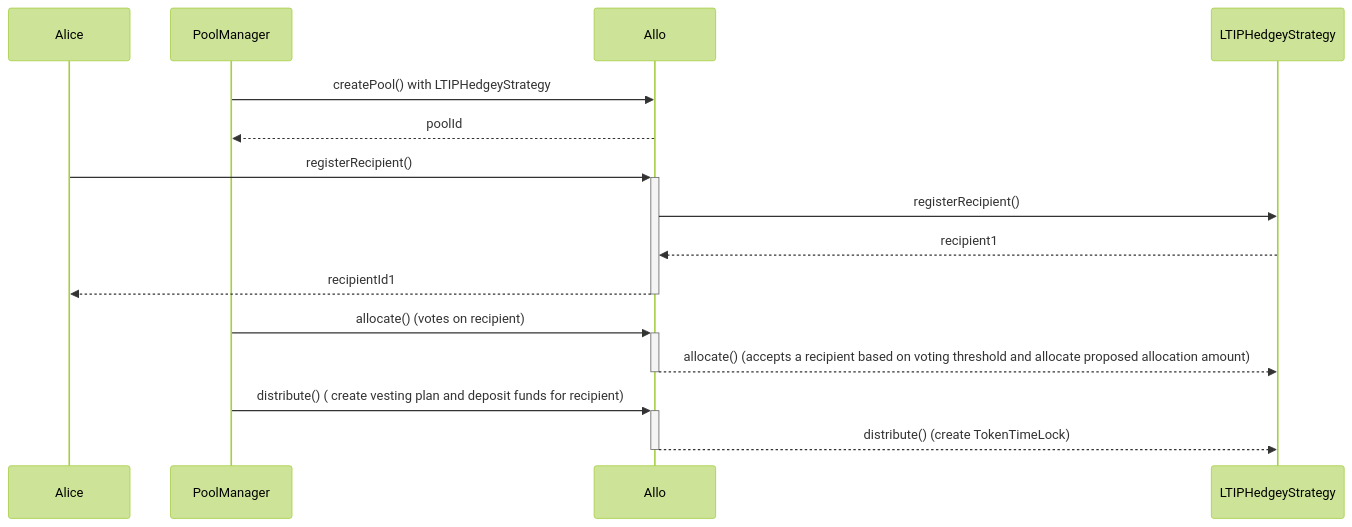
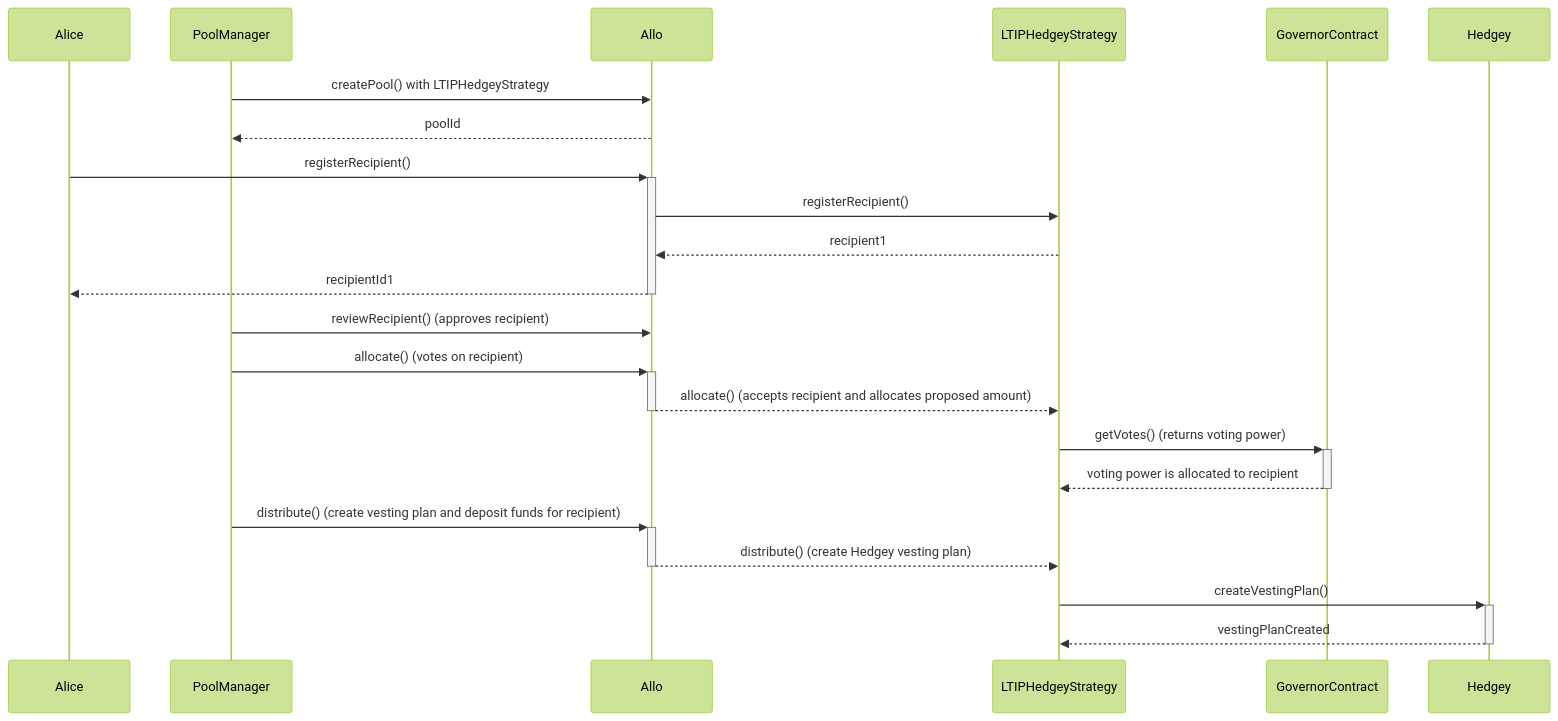
Before and after one commit to allo-protocol/allo-v2: the diagram in contracts/strategies/ltip-hedgey-governor/README.md, drawn with Mermaid (forest theme). The commit also changed other lines of this file and 2 other files, not shown here.

Commit message:
fix(docs): update diagrams and implement comments

````diff
--- a/contracts/strategies/ltip-hedgey-governor/README.md
+++ b/contracts/strategies/ltip-hedgey-governor/README.md
@@ -33,18 +32,25 @@
 ```mermaid
 sequenceDiagram
     participant Alice
     participant PoolManager
     participant Allo
     participant LTIPHedgeyStrategy
+    participant GovernorContract
+    participant Hedgey
 
     PoolManager->>Allo: createPool() with LTIPHedgeyStrategy
     Allo-->>PoolManager: poolId
     Alice->>+Allo: registerRecipient()
     Allo->>LTIPHedgeyStrategy: registerRecipient()
     LTIPHedgeyStrategy-->>Allo: recipient1
     Allo-->>-Alice: recipientId1
+    PoolManager->>Allo: reviewRecipient() (approves recipient)
     PoolManager->>+Allo: allocate() (votes on recipient)
-    Allo-->>-LTIPHedgeyStrategy: allocate() (accepts a recipient based on voting threshold and allocate proposed allocation amount)
-    PoolManager->>+Allo: distribute() ( create vesting plan and deposit funds for recipient)
-    Allo-->>-LTIPHedgeyStrategy: distribute() (create TokenTimeLock)
+    Allo-->>-LTIPHedgeyStrategy: allocate() (accepts recipient and allocates proposed amount)
+    LTIPHedgeyStrategy->>+GovernorContract: getVotes() (returns voting power)
+    GovernorContract-->>-LTIPHedgeyStrategy: voting power is allocated to recipient
+    PoolManager->>+Allo: distribute() (create vesting plan and deposit funds for recipient)
+    Allo-->>-LTIPHedgeyStrategy: distribute() (create Hedgey vesting plan)
+    LTIPHedgeyStrategy->>+Hedgey: createVestingPlan()
+    Hedgey-->>-LTIPHedgeyStrategy: vestingPlanCreated
 ```
````
